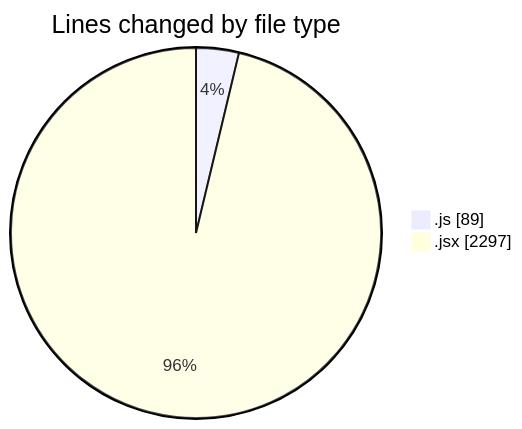
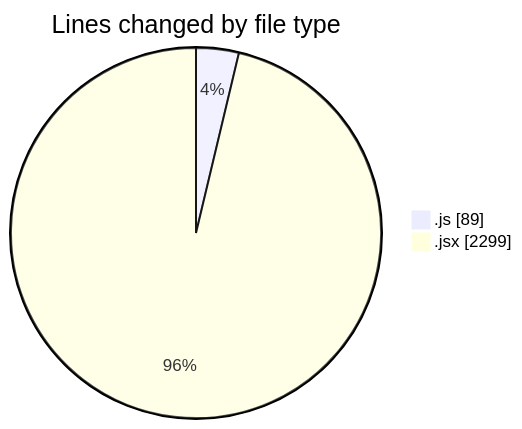
Before and after one commit to nxtqubesakshisongat/code-tracking: the first of 2 diagrams in 2025-05-03/nxtqube_webapp/README.md, drawn with Mermaid. The commit also changed other lines of this file and 1 other file, not shown here.

````diff
--- a/2025-05-03/nxtqube_webapp/README.md
+++ b/2025-05-03/nxtqube_webapp/README.md
@@ -23,6 +23,6 @@
 ```mermaid
 pie showData
 title Lines changed by file type
 ".js" : 89
-".jsx" : 2297
+".jsx" : 2299
 ```
````
